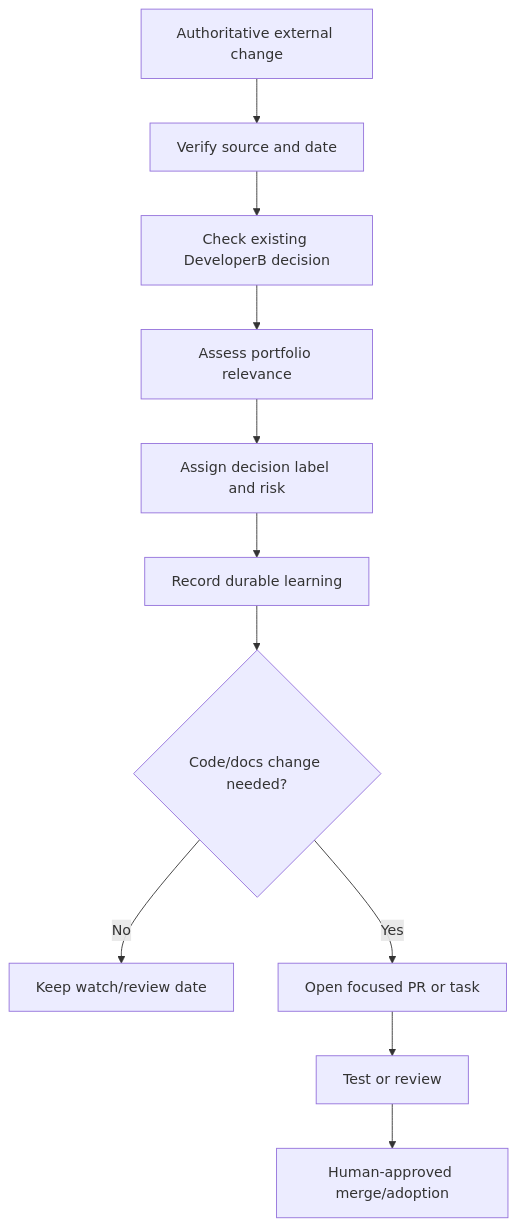
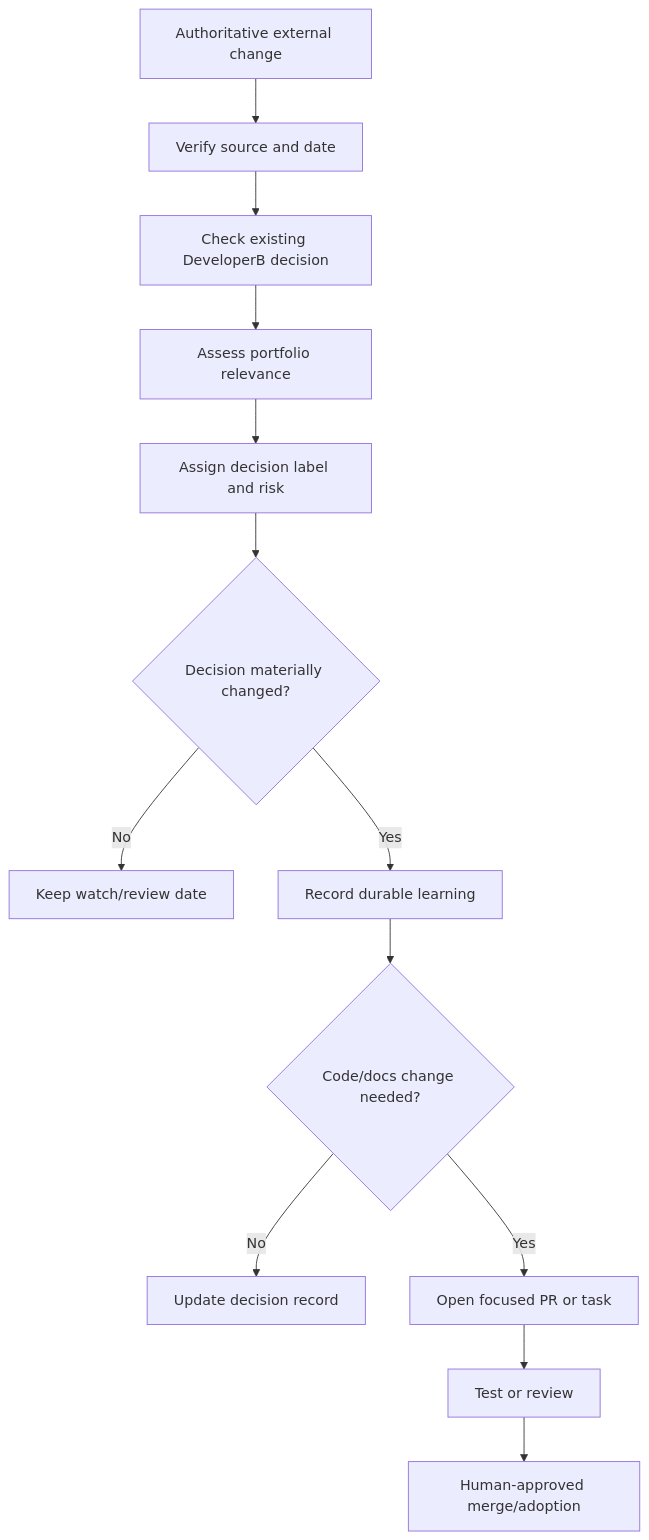
One commit to mahidulislamnakib/DeveloperB changed the diagram in docs/07-update-system.md. Above: the diagram before and after it, drawn with Mermaid. The commit also changed other lines of this file, not shown here.

Commit message:
docs: make tech intelligence weekly and decision-driven

````diff
--- a/docs/07-update-system.md
+++ b/docs/07-update-system.md
@@ -65,13 +95,15 @@
 ```mermaid
 flowchart TD
   A[Authoritative external change] --> B[Verify source and date]
   B --> C[Check existing DeveloperB decision]
   C --> D[Assess portfolio relevance]
   D --> E[Assign decision label and risk]
-  E --> F[Record durable learning]
-  F --> G{Code/docs change needed?}
-  G -- No --> H[Keep watch/review date]
-  G -- Yes --> I[Open focused PR or task]
-  I --> J[Test or review]
-  J --> K[Human-approved merge/adoption]
+  E --> F{Decision materially changed?}
+  F -- No --> G[Keep watch/review date]
+  F -- Yes --> H[Record durable learning]
+  H --> I{Code/docs change needed?}
+  I -- No --> J[Update decision record]
+  I -- Yes --> K[Open focused PR or task]
+  K --> L[Test or review]
+  L --> M[Human-approved merge/adoption]
 ```
````
